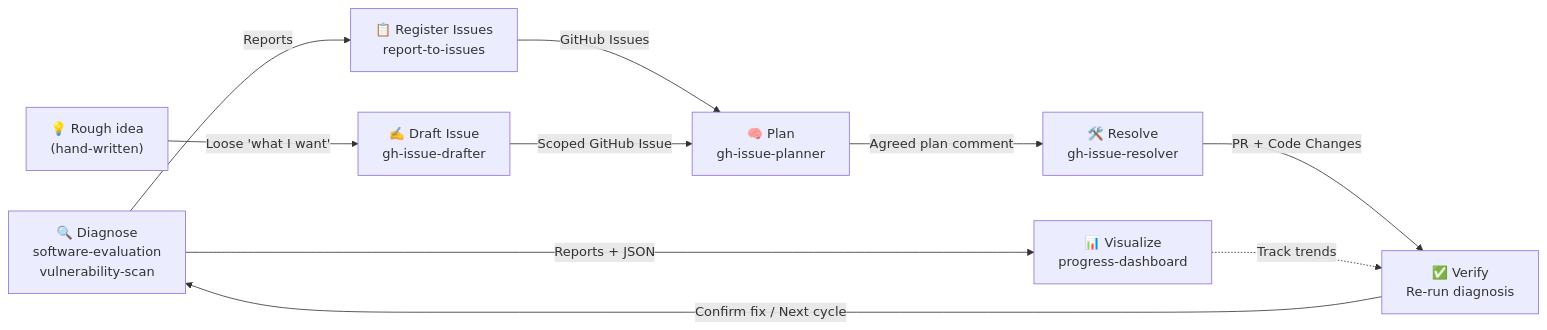
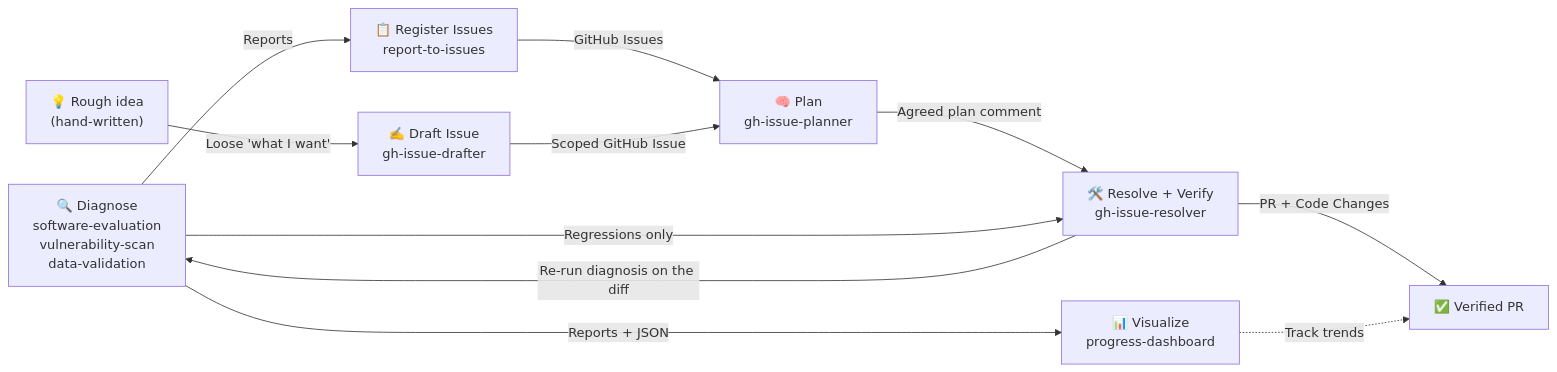
The diagram in README.md (ymd38/dev-skills), drawn with Mermaid before and after one commit. The commit also changed other lines of this file and 2 other files, not shown here.

First line of the commit message:
feat: add data-validation skill and autonomous verification loop in gh-issue-resolver

````diff
--- a/README.md
+++ b/README.md
@@ -13,20 +13,20 @@
 ```mermaid
 graph LR
-    Diagnose["🔍 Diagnose<br/>software-evaluation<br/>vulnerability-scan"]
+    Diagnose["🔍 Diagnose<br/>software-evaluation<br/>vulnerability-scan<br/>data-validation"]
     Visualize["📊 Visualize<br/>progress-dashboard"]
     Register["📋 Register Issues<br/>report-to-issues"]
     Draft["✍️ Draft Issue<br/>gh-issue-drafter"]
     Plan["🧠 Plan<br/>gh-issue-planner"]
-    Resolve["🛠️ Resolve<br/>gh-issue-resolver"]
-    Verify["✅ Verify<br/>Re-run diagnosis"]
+    Resolve["🛠️ Resolve + Verify<br/>gh-issue-resolver"]
 
     Idea["💡 Rough idea<br/>(hand-written)"] -- "Loose 'what I want'" --> Draft
     Diagnose -- "Reports + JSON" --> Visualize
     Diagnose -- "Reports" --> Register
     Register -- "GitHub Issues" --> Plan
     Draft -- "Scoped GitHub Issue" --> Plan
     Plan -- "Agreed plan comment" --> Resolve
-    Resolve -- "PR + Code Changes" --> Verify
-    Verify -- "Confirm fix / Next cycle" --> Diagnose
-    Visualize -. "Track trends" .-> Verify
+    Resolve -- "Re-run diagnosis on the diff" --> Diagnose
+    Diagnose -- "Regressions only" --> Resolve
+    Resolve -- "PR + Code Changes" --> Done["✅ Verified PR"]
+    Visualize -. "Track trends" .-> Done
 ```
````
